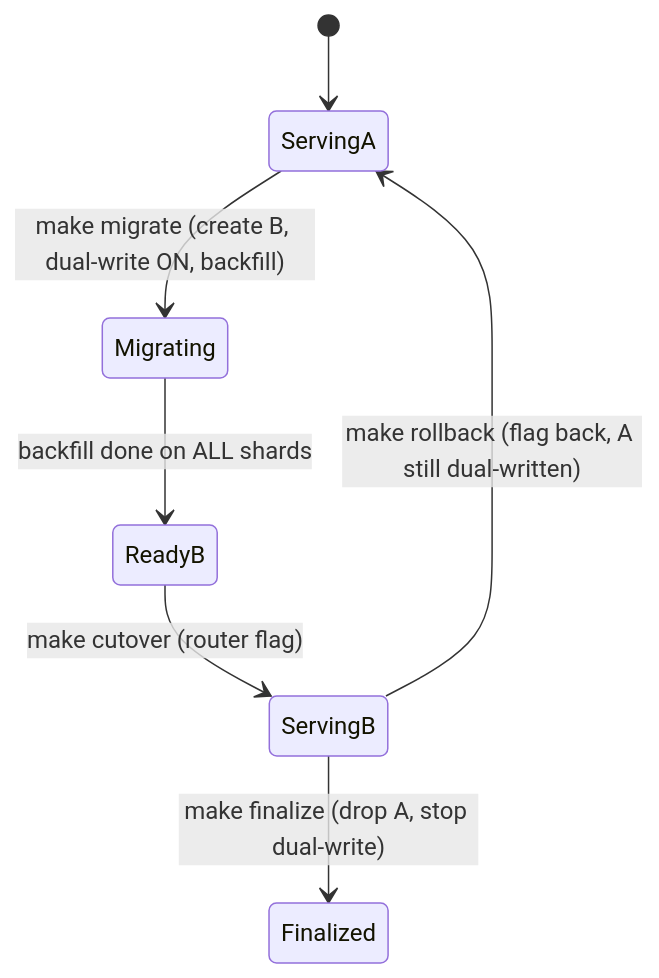
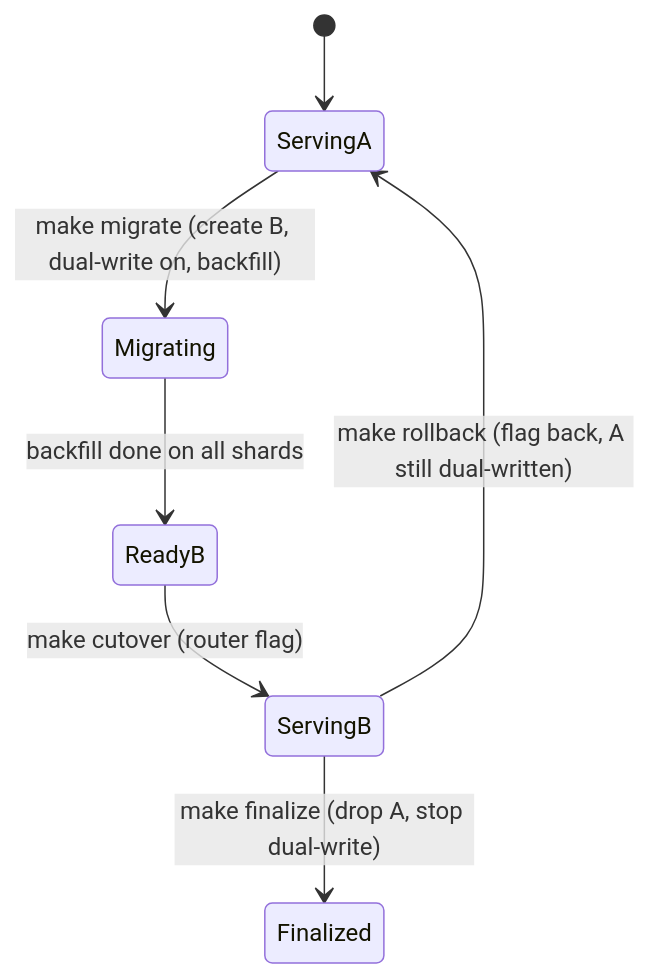
Before and after one commit to node31/fiqa-agentic-retrieval: the first of 2 diagrams in docs/10_model_migration.md, drawn with Mermaid. The commit also changed other lines of this file and 38 other files, not shown here.

````diff
--- a/docs/10_model_migration.md
+++ b/docs/10_model_migration.md
@@ -15,9 +10,9 @@
 ```mermaid
 stateDiagram-v2
   [*] --> ServingA
-  ServingA --> Migrating: make migrate (create B, dual-write ON, backfill)
-  Migrating --> ReadyB: backfill done on ALL shards
+  ServingA --> Migrating: make migrate (create B, dual-write on, backfill)
+  Migrating --> ReadyB: backfill done on all shards
   ReadyB --> ServingB: make cutover (router flag)
   ServingB --> ServingA: make rollback (flag back, A still dual-written)
   ServingB --> Finalized: make finalize (drop A, stop dual-write)
 ```
````
